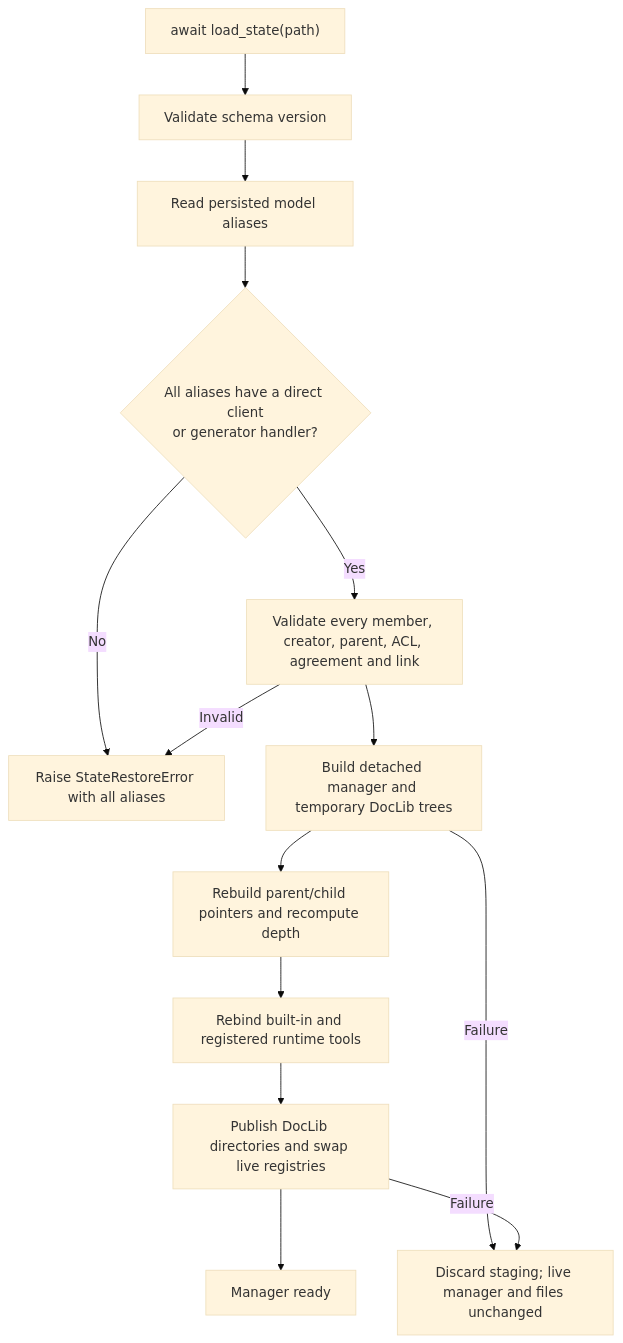
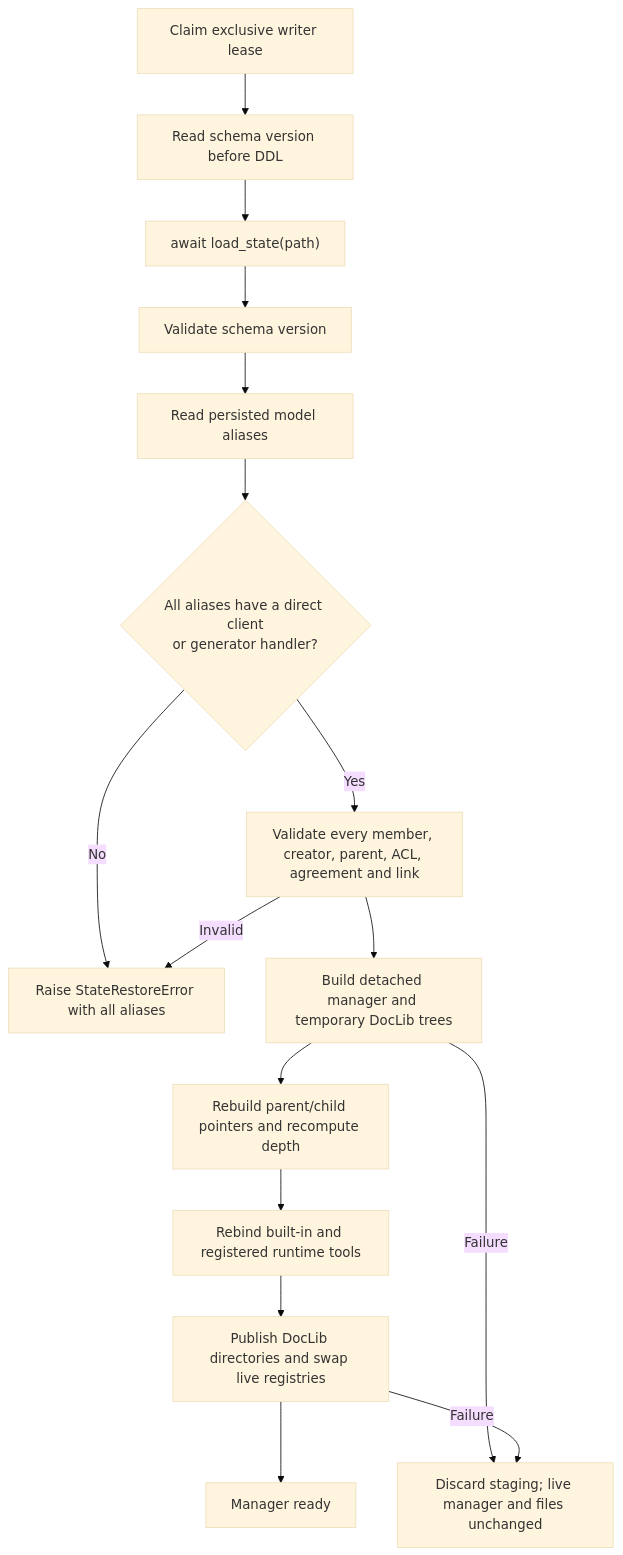
Before and after one commit to AI-Team-Team/AI-Team-Team: the second of 2 diagrams in docs/flowcharts/State_Persistence.md, drawn with Mermaid (base theme). The commit also changed other lines of this file and 42 other files, not shown here.

````diff
--- a/docs/flowcharts/State_Persistence.md
+++ b/docs/flowcharts/State_Persistence.md
@@ -16,16 +19,18 @@
 ```mermaid
 flowchart TD
-    Load["await load_state(path)"] --> Version["Validate schema version"]
+    Open["Claim exclusive writer lease"] --> Preflight["Read schema version before DDL"]
+    Preflight --> Load["await load_state(path)"]
+    Load --> Version["Validate schema version"]
     Version --> Aliases["Read persisted model aliases"]
     Aliases --> Bindings{"All aliases have a direct client\nor generator handler?"}
     Bindings -- "No" --> Error["Raise StateRestoreError with all aliases"]
     Bindings -- "Yes" --> Validate["Validate every member, creator, parent, ACL, agreement and link"]
     Validate --> Stage["Build detached manager and temporary DocLib trees"]
     Stage --> Pointers["Rebuild parent/child pointers and recompute depth"]
     Pointers --> Runtime["Rebind built-in and registered runtime tools"]
     Runtime --> Publish["Publish DocLib directories and swap live registries"]
     Publish --> Ready["Manager ready"]
     Validate -- "Invalid" --> Error
     Stage -- "Failure" --> Rollback["Discard staging; live manager and files unchanged"]
     Publish -- "Failure" --> Rollback
 ```
````
